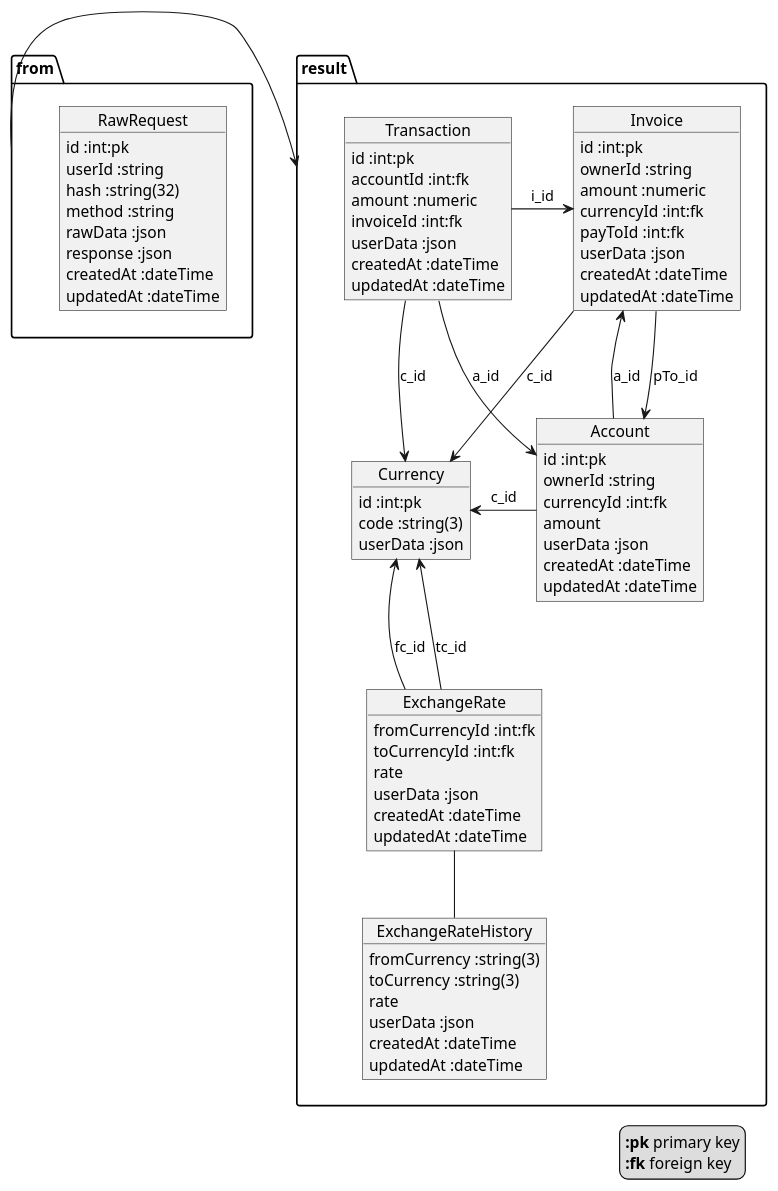
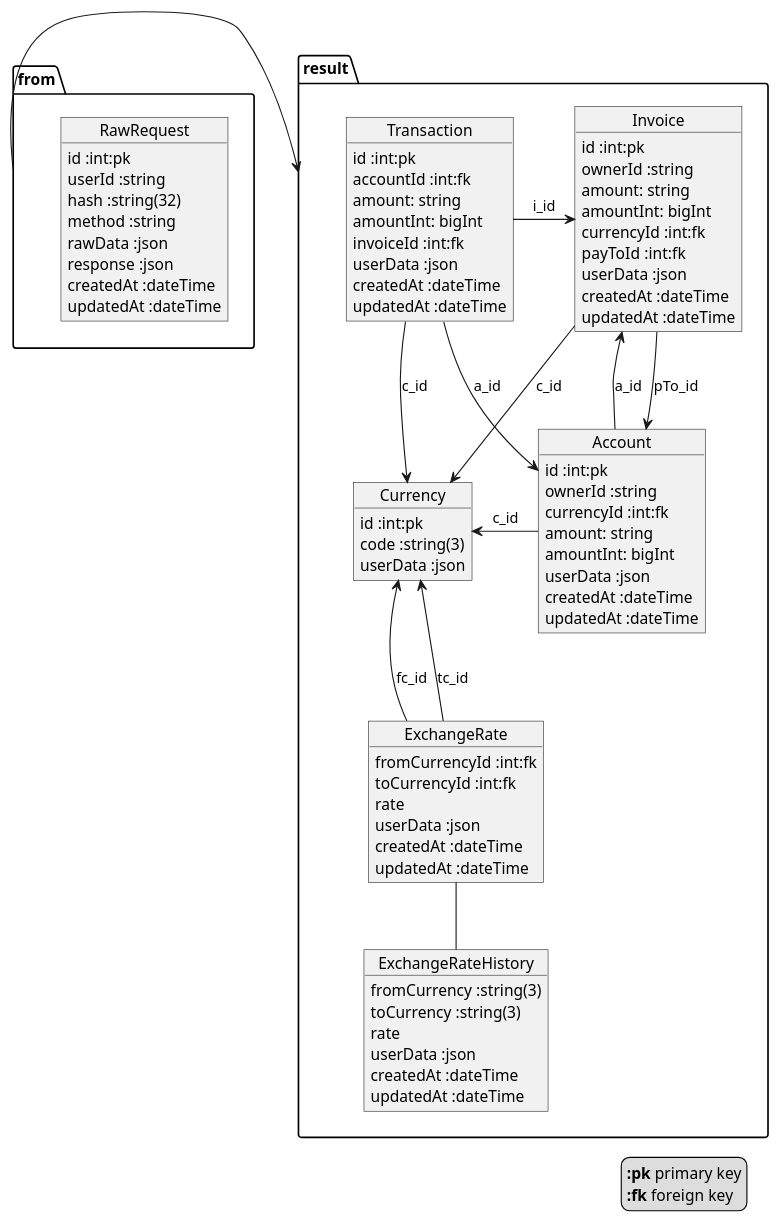
One commit to upsky/wlm changed the diagram in finance/docs/schema.puml. Above: the diagram before and after it, drawn with PlantUML. The commit also changed 11 other files, not shown here.

Commit message:
change JSON fields declaration to BLOB: -- need by ORM library to fit mariaDB; add amountInt(BIGINT) fields at schema to storing integer amount with rules: amountInt = amount->round_up(2) * 100; fix schema.puml;

```diff
--- a/finance/docs/schema.puml
+++ b/finance/docs/schema.puml
@@ -1,92 +1,95 @@
 @startuml
 
 package from {
     object RawRequest {
         id :int:pk
         userId :string
         hash :string(32)
         method :string
         rawData :json
         response :json
         createdAt :dateTime
         updatedAt :dateTime
     }
 }
 
 package result {
     object Currency {
         id :int:pk
         code :string(3)
         userData :json
     }
 
     object Account {
         id :int:pk
         ownerId :string
         currencyId :int:fk
-        amount
+        amount: string
+        amountInt: bigInt
         userData :json
         createdAt :dateTime
         updatedAt :dateTime
     }
 
     object Transaction {
         id :int:pk
         accountId :int:fk
-        amount :numeric
+        amount: string
+        amountInt: bigInt
         invoiceId :int:fk
         userData :json
         createdAt :dateTime
         updatedAt :dateTime
     }
 
     object Invoice {
         id :int:pk
         ownerId :string
-        amount :numeric
+        amount: string
+        amountInt: bigInt
         currencyId :int:fk
         payToId :int:fk
         userData :json
         createdAt :dateTime
         updatedAt :dateTime
     }
 
     object ExchangeRate {
         fromCurrencyId :int:fk
         toCurrencyId :int:fk
         rate
         userData :json
         createdAt :dateTime
         updatedAt :dateTime
     }
 
     object ExchangeRateHistory {
         fromCurrency :string(3)
         toCurrency :string(3)
         rate
         userData :json
         createdAt :dateTime
         updatedAt :dateTime
     }
 
 }
 
 from -right-> result
 
 Account -left-> Currency:c_id
 Transaction -down-> Account:a_id
 Transaction -down-> Currency:c_id
 Invoice -down-> Currency:c_id
 Invoice -down-> Account:pTo_id
 Account -up-> Invoice:a_id
 ExchangeRate -up-> Currency:fc_id
 ExchangeRate -up-> Currency:tc_id
 Transaction -left-> Invoice:i_id
 ExchangeRateHistory -up- ExchangeRate
 
 legend right
   <b>:pk</b> primary key
   <b>:fk</b> foreign key
 endlegend
 
 @enduml
```
